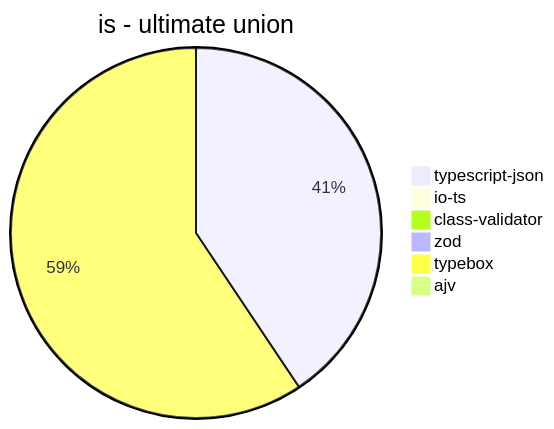
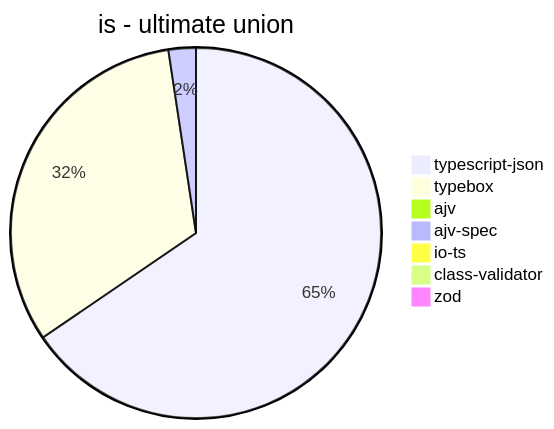
Before and after one commit to samchon/typia: the eighth of 39 diagrams in benchmark/results/AMD Ryzen 7 3700X 8-Core Processor.md, drawn with Mermaid. The commit also changed other lines of this file and 10 other files, not shown here.

Commit message:
Add ajv-spec benchmarks

````diff
--- a/benchmark/results/AMD Ryzen 7 3700X 8-Core Processor.md
+++ b/benchmark/results/AMD Ryzen 7 3700X 8-Core Processor.md
@@ -98,9 +105,10 @@
 ```mermaid
 pie title is - ultimate union
-  "typescript-json": 496.86693697014374
+  "typescript-json": 428.3369803063457
+  "typebox": 210.28799130592284
+  "ajv": 0
+  "ajv-spec": 15.630746598013976
   "io-ts": 0
   "class-validator": 0
-  "zod": 0.1820498816675769
-  "typebox": 726.2669521770164
-  "ajv": 0
+  "zod": 0.18109380659181457
 ```
````
